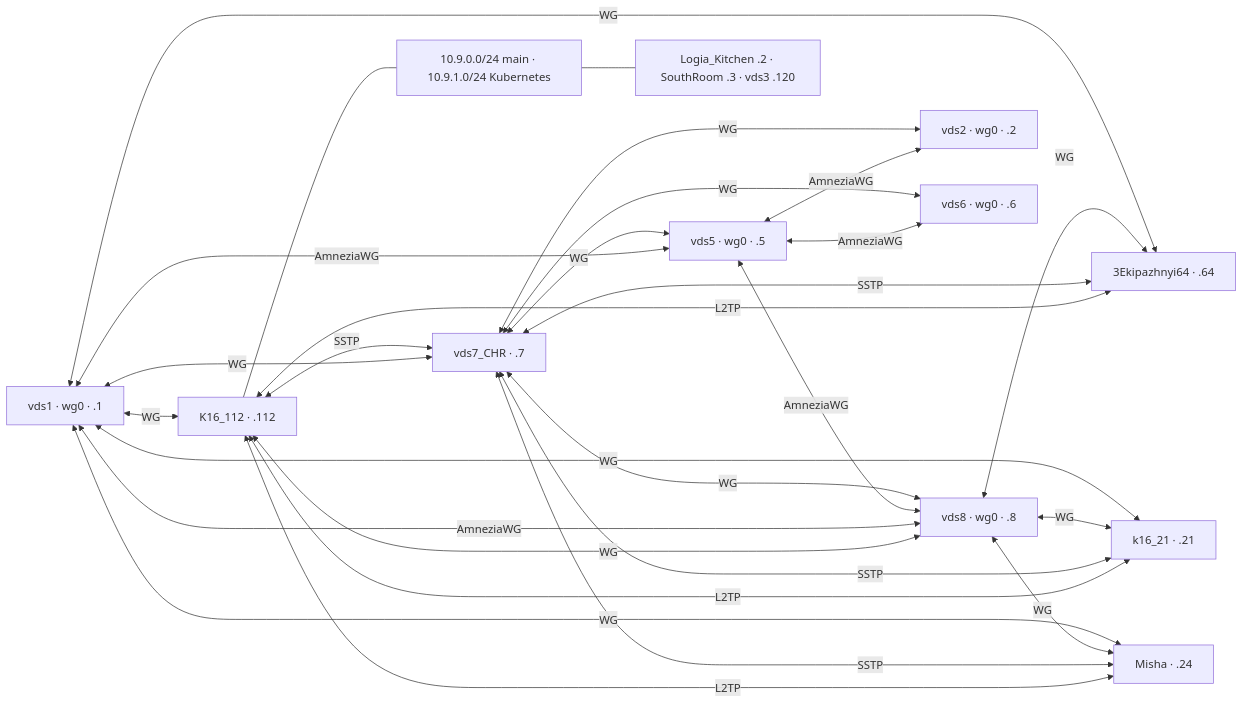
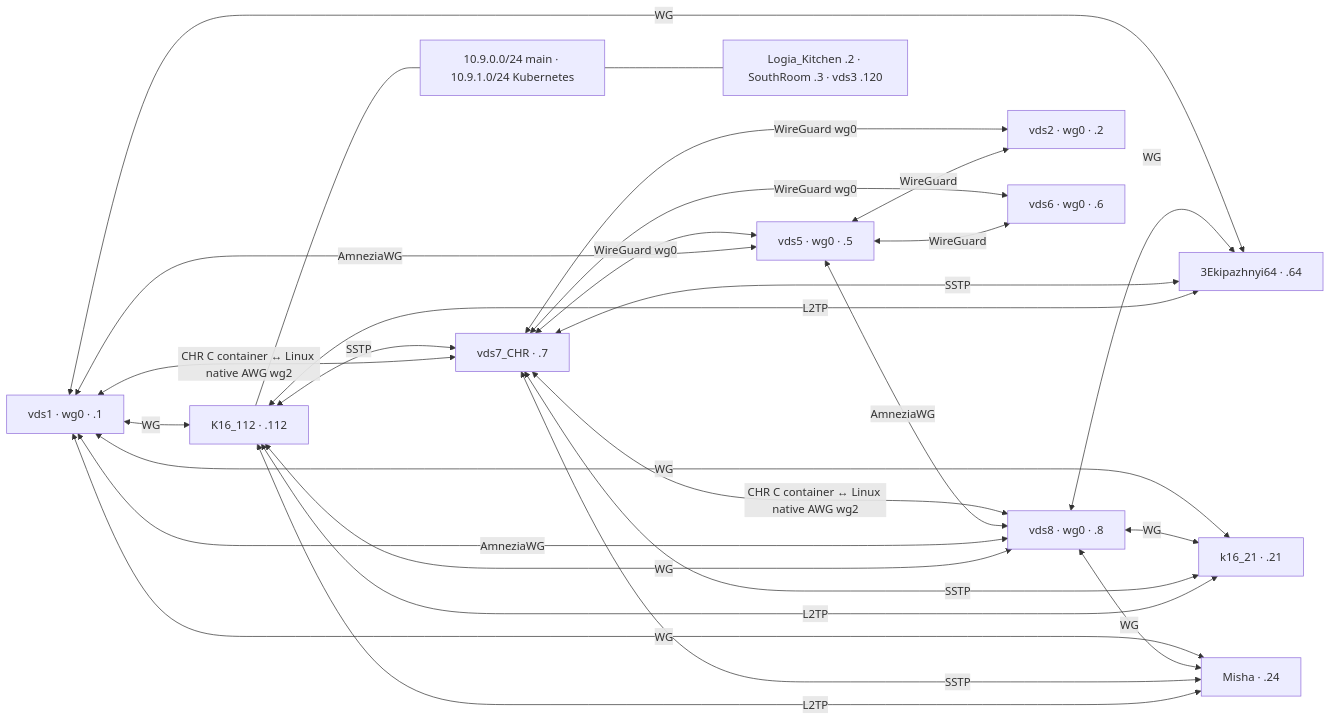
The diagram in mikrotik/topology/current-tunnels.md (ap200984/ansible), drawn with Mermaid before and after one commit. The commit also changed other lines of this file and 65 other files, not shown here.

````diff
--- a/mikrotik/topology/current-tunnels.md
+++ b/mikrotik/topology/current-tunnels.md
@@ -16,22 +21,24 @@
 ```mermaid
 flowchart LR
   V1["vds1 · wg0 · .1"]
   V8["vds8 · wg0 · .8"]
   K["K16_112 · .112"]
   E["3Ekipazhnyi64 · .64"]
   R["k16_21 · .21"]
   M["Misha · .24"]
   C["vds7_CHR · .7"]
   V2["vds2 · wg0 · .2"]
   V5["vds5 · wg0 · .5"]
   V6["vds6 · wg0 · .6"]
   V1 <-->|WG| K & E & R & M
   V8 <-->|WG| K & E & R & M
-  C <-->|WG| V1 & V8 & V2 & V5 & V6
-  V5 <-->|AmneziaWG| V1 & V2 & V6 & V8
+  C <-->|CHR C container ↔ Linux native AWG wg2| V1 & V8
+  C <-->|WireGuard wg0| V2 & V5 & V6
+  V5 <-->|WireGuard| V2 & V6
+  V5 <-->|AmneziaWG| V1 & V8
   V1 <-->|AmneziaWG| V8
   K & E & R & M <-->|SSTP| C
   E & R & M <-->|L2TP| K
   K --- LAN["10.9.0.0/24 main · 10.9.1.0/24 Kubernetes"]
   LAN --- L["Logia_Kitchen .2 · SouthRoom .3 · vds3 .120"]
 ```
````
